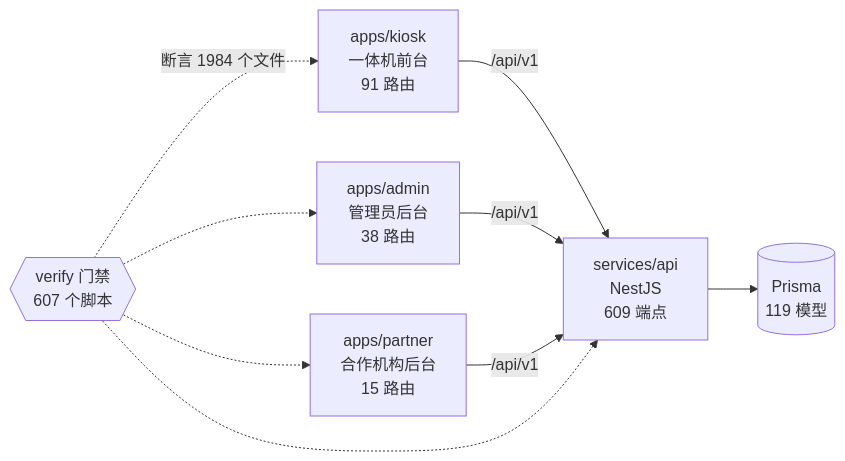
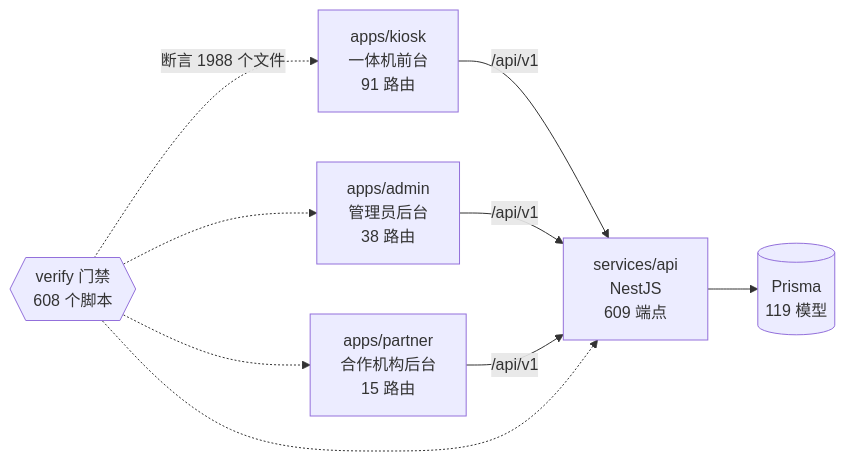
One commit to wanglei581/YITIJI changed the diagram in docs/graph/README.md. Above: the diagram before and after it, drawn with Mermaid. The commit also changed other lines of this file and 5 other files, not shown here.

First line of the commit message:
记录打印机出纸口径，并更新项目图谱

````diff
--- a/docs/graph/README.md
+++ b/docs/graph/README.md
@@ -68,18 +68,18 @@
 ```mermaid
 flowchart LR
   kiosk["apps/kiosk<br/>一体机前台<br/>91 路由"]
   admin["apps/admin<br/>管理员后台<br/>38 路由"]
   partner["apps/partner<br/>合作机构后台<br/>15 路由"]
   api["services/api<br/>NestJS<br/>609 端点"]
   db[("Prisma<br/>119 模型")]
-  gates{{"verify 门禁<br/>607 个脚本"}}
+  gates{{"verify 门禁<br/>608 个脚本"}}
 
   kiosk -->|"/api/v1"| api
   admin -->|"/api/v1"| api
   partner -->|"/api/v1"| api
   api --> db
-  gates -.->|"断言 1984 个文件"| kiosk
+  gates -.->|"断言 1988 个文件"| kiosk
   gates -.-> admin
   gates -.-> partner
   gates -.-> api
 ```
````
